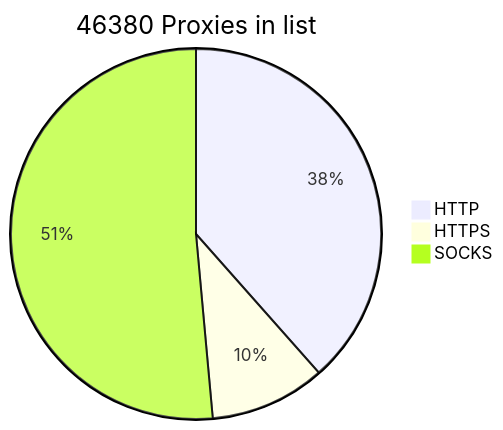
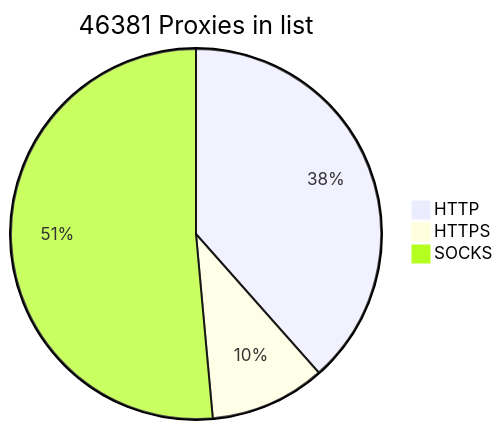
The diagram in README.md (BlackSnowDot/proxylist-update-every-minute), drawn with Mermaid before and after one commit.

````diff
--- a/README.md
+++ b/README.md
@@ -2,6 +2,6 @@
 ```mermaid
-pie title 46380 Proxies in list
+pie title 46381 Proxies in list
     "HTTP" : 19547
     "HTTPS": 5127
-    "SOCKS" : 26144
+    "SOCKS" : 26145
 ```
````
